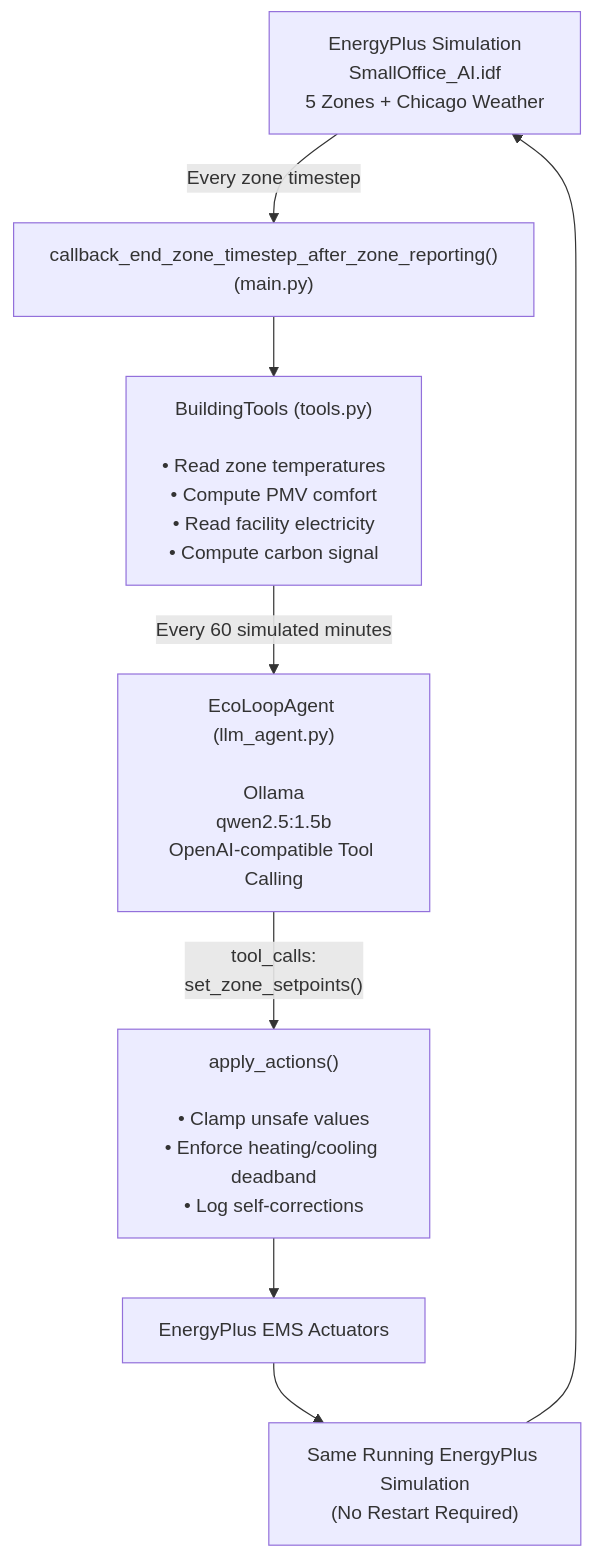
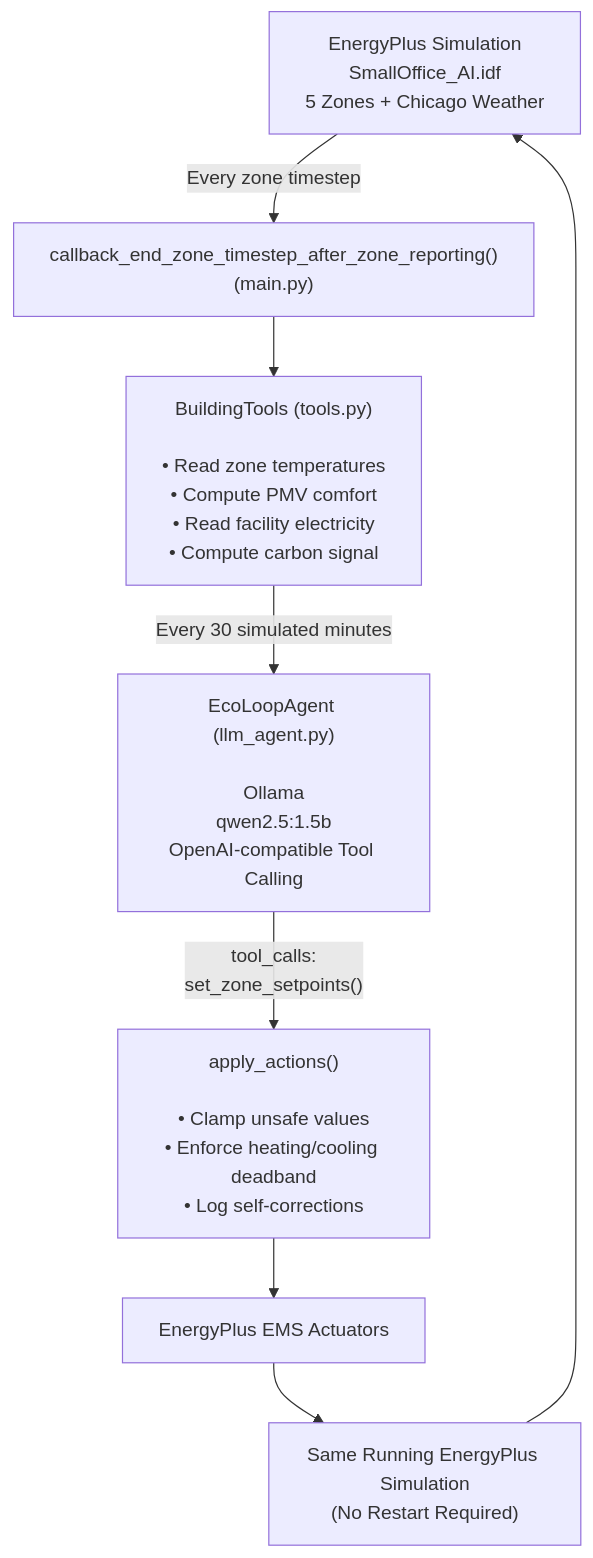
Before and after one commit to SmrSingh/eco-loop-building-agents: the diagram in README.md, drawn with Mermaid. The commit also changed other lines of this file, not shown here.

````diff
--- a/README.md
+++ b/README.md
@@ -24,25 +59,25 @@
 ```mermaid
 flowchart TD
 
     EP["EnergyPlus Simulation<br/>SmallOffice_AI.idf<br/>5 Zones + Chicago Weather"]
 
     CB["callback_end_zone_timestep_after_zone_reporting()<br/>(main.py)"]
 
     TOOLS["BuildingTools (tools.py)<br/><br/>• Read zone temperatures<br/>• Compute PMV comfort<br/>• Read facility electricity<br/>• Compute carbon signal"]
 
     AGENT["EcoLoopAgent (llm_agent.py)<br/><br/>Ollama<br/>qwen2.5:1.5b<br/>OpenAI-compatible Tool Calling"]
 
     ACTION["apply_actions()<br/><br/>• Clamp unsafe values<br/>• Enforce heating/cooling deadband<br/>• Log self-corrections"]
 
     EMS["EnergyPlus EMS Actuators"]
 
     LOOP["Same Running EnergyPlus Simulation<br/>(No Restart Required)"]
 
     EP -->|"Every zone timestep"| CB
     CB --> TOOLS
-    TOOLS -->|"Every 60 simulated minutes"| AGENT
+    TOOLS -->|"Every 30 simulated minutes"| AGENT
     AGENT -->|"tool_calls:<br/>set_zone_setpoints()"| ACTION
     ACTION --> EMS
     EMS --> LOOP
     LOOP --> EP
 ```
````
